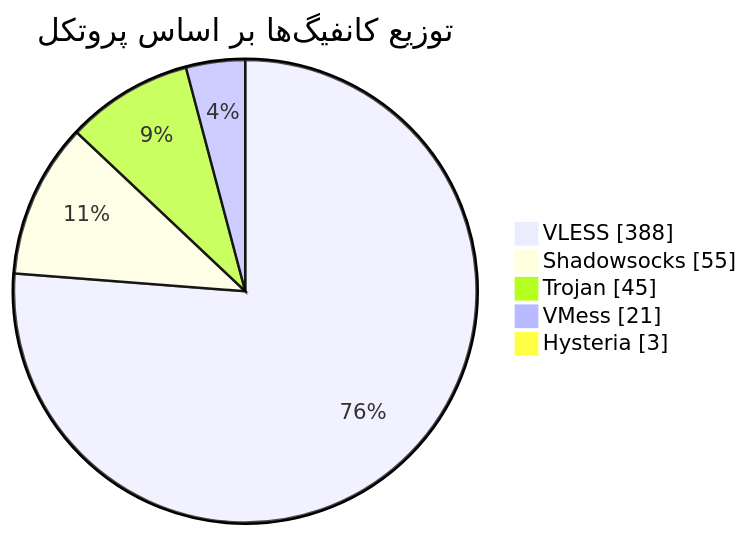
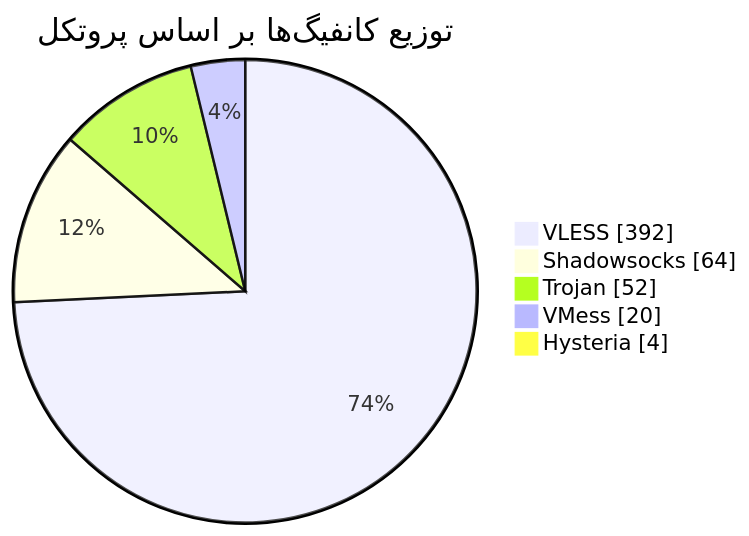
One commit to Arian-Alijani/Somthing changed the diagram in README.md. Above: the diagram before and after it, drawn with Mermaid. The commit also changed other lines of this file and 81 other files, not shown here.

````diff
--- a/README.md
+++ b/README.md
@@ -47,9 +47,9 @@
 ```mermaid
 pie showData
     title توزیع کانفیگ‌ها بر اساس پروتکل
-    "VLESS" : 388
-    "Shadowsocks" : 55
-    "Trojan" : 45
-    "VMess" : 21
-    "Hysteria" : 3
+    "VLESS" : 392
+    "Shadowsocks" : 64
+    "Trojan" : 52
+    "VMess" : 20
+    "Hysteria" : 4
 ```
````
